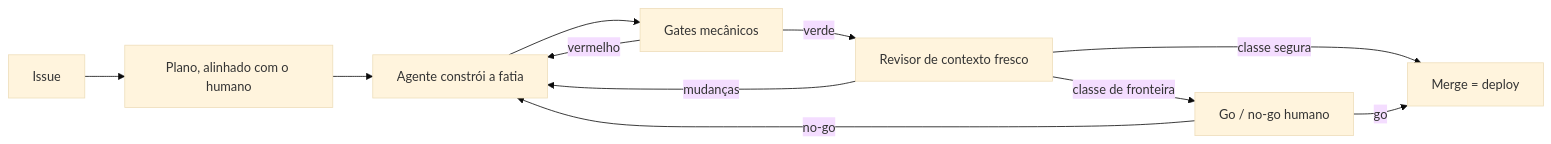
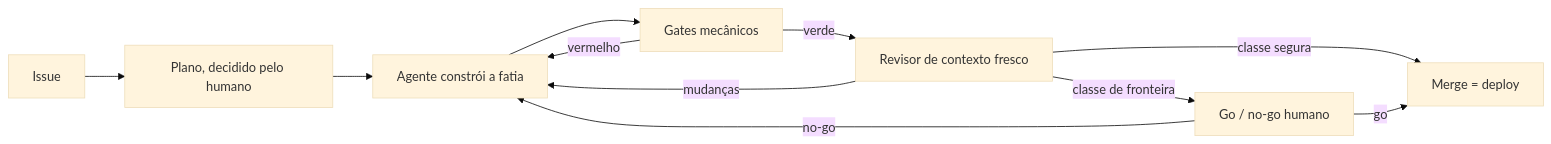
The second of 2 diagrams in apps/fed/src/content/architecture.pt.md (tedeuxx/tadeumendonca-io), drawn with Mermaid (base theme) before and after one commit. The commit also changed other lines of this file and 2 other files, not shown here.

First line of the commit message:
content(fed): the figure said 'aligned with', which is the reading the paragraph exists to kill (#170)

````diff
--- a/apps/fed/src/content/architecture.pt.md
+++ b/apps/fed/src/content/architecture.pt.md
@@ -58,15 +58,15 @@
 ```mermaid
 flowchart LR
   accTitle: Onde o humano fica no loop
   accDescr: Uma issue vira um plano que o humano alinha antes de existir código. O agente constrói a fatia e roda os gates mecânicos, que voltam para a construção no vermelho. Um revisor de contexto fresco então julga a mudança e pode devolvê-la. O que é classe segura ele mesmo mergeia, e o merge é o deploy. O que é classe de fronteira — infraestrutura, as regras do próprio loop, publicar um artigo — passa por um go ou no-go humano, que é a última coisa antes da produção e também pode devolver o trabalho.
-  I["Issue"] --> P["Plano, alinhado com o humano"]
+  I["Issue"] --> P["Plano, decidido pelo humano"]
   P --> B["Agente constrói a fatia"]
   B --> G["Gates mecânicos"]
   G -- "vermelho" --> B
   G -- "verde" --> R["Revisor de contexto fresco"]
   R -- "mudanças" --> B
   R -- "classe segura" --> M["Merge = deploy"]
   R -- "classe de fronteira" --> H["Go / no-go humano"]
   H -- "go" --> M
   H -- "no-go" --> B
 ```
````
